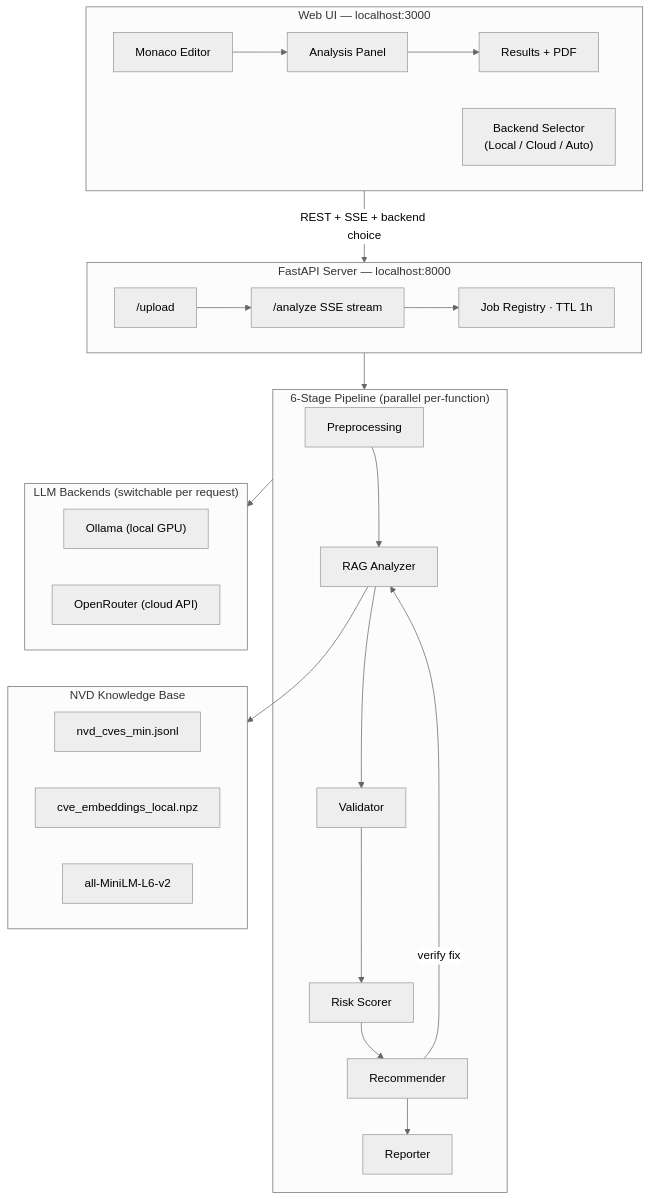
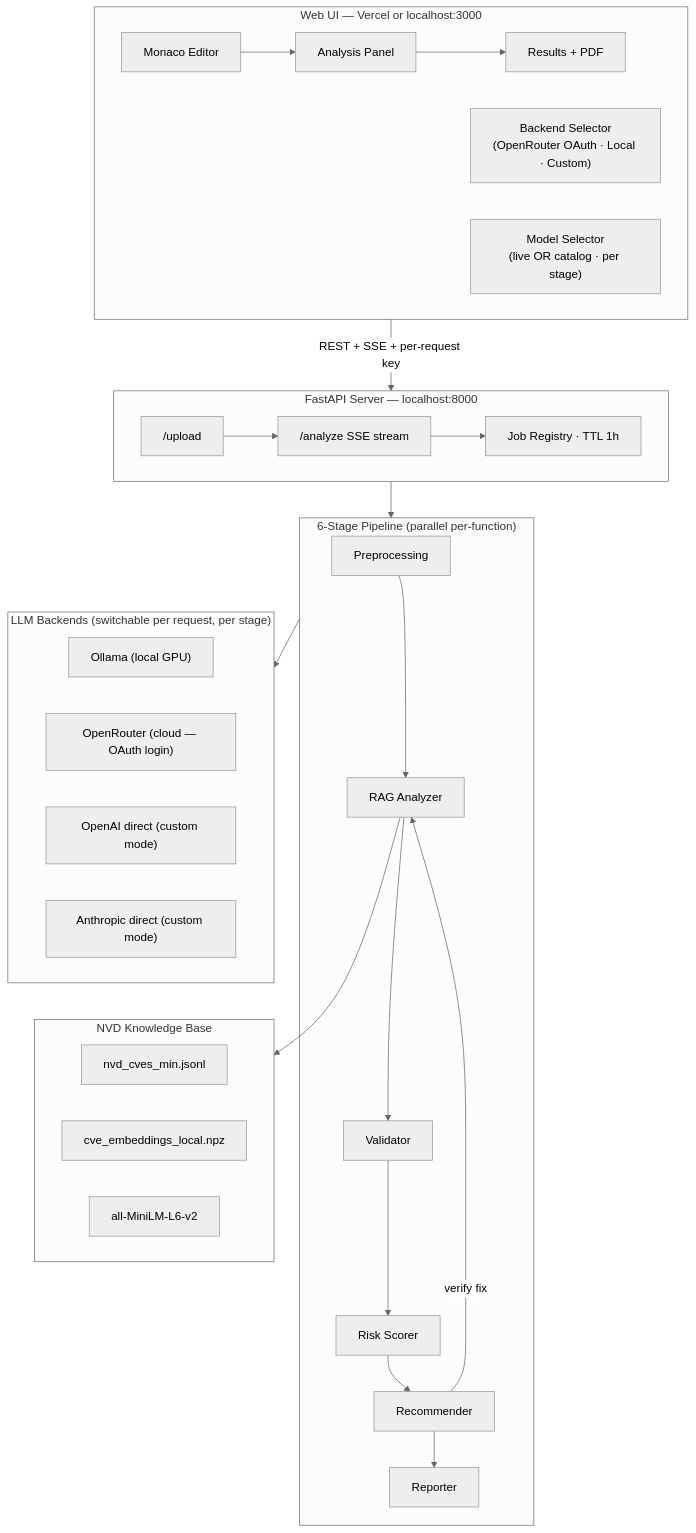
The diagram in README.md (Stradok/CODE-AI), drawn with Mermaid (neutral theme) before and after one commit. The commit also changed other lines of this file, not shown here.

Commit message:
docs: update README — OAuth flow, three backend modes, Vercel deployment, no server keys

````diff
--- a/README.md
+++ b/README.md
@@ -64,39 +64,42 @@
 ```mermaid
 graph TB
 
-subgraph UI["Web UI — localhost:3000"]
+subgraph UI["Web UI — Vercel or localhost:3000"]
     A["Monaco Editor"] --> B["Analysis Panel"]
     B --> C["Results + PDF"]
-    D["Backend Selector\n(Local / Cloud / Auto)"]
+    D["Backend Selector\n(OpenRouter OAuth · Local · Custom)"]
+    E["Model Selector\n(live OR catalog · per stage)"]
 end
 
 subgraph API["FastAPI Server — localhost:8000"]
-    E["/upload"] --> F["/analyze SSE stream"]
-    F --> G["Job Registry · TTL 1h"]
+    F["/upload"] --> G["/analyze SSE stream"]
+    G --> H["Job Registry · TTL 1h"]
 end
 
 subgraph Pipeline["6-Stage Pipeline (parallel per-function)"]
-    H["Preprocessing"] --> I["RAG Analyzer"]
-    I --> J["Validator"]
-    J --> K["Risk Scorer"]
-    K --> L["Recommender"]
-    L --> M["Reporter"]
-    L -->|verify fix| I
+    I["Preprocessing"] --> J["RAG Analyzer"]
+    J --> K["Validator"]
+    K --> L["Risk Scorer"]
+    L --> M["Recommender"]
+    M --> N["Reporter"]
+    M -->|verify fix| J
 end
 
-subgraph Backends["LLM Backends (switchable per request)"]
-    N["Ollama (local GPU)"]
-    O["OpenRouter (cloud API)"]
+subgraph Backends["LLM Backends (switchable per request, per stage)"]
+    O["Ollama (local GPU)"]
+    P["OpenRouter (cloud — OAuth login)"]
+    Q["OpenAI direct (custom mode)"]
+    R["Anthropic direct (custom mode)"]
 end
 
 subgraph Data["NVD Knowledge Base"]
-    P["nvd_cves_min.jsonl"]
-    Q["cve_embeddings_local.npz"]
-    R["all-MiniLM-L6-v2"]
+    S["nvd_cves_min.jsonl"]
+    T["cve_embeddings_local.npz"]
+    U["all-MiniLM-L6-v2"]
 end
 
-UI -->|REST + SSE + backend choice| API
+UI -->|REST + SSE + per-request key| API
 API --> Pipeline
 Pipeline --> Backends
-I --> Data
+J --> Data
 ```
````
